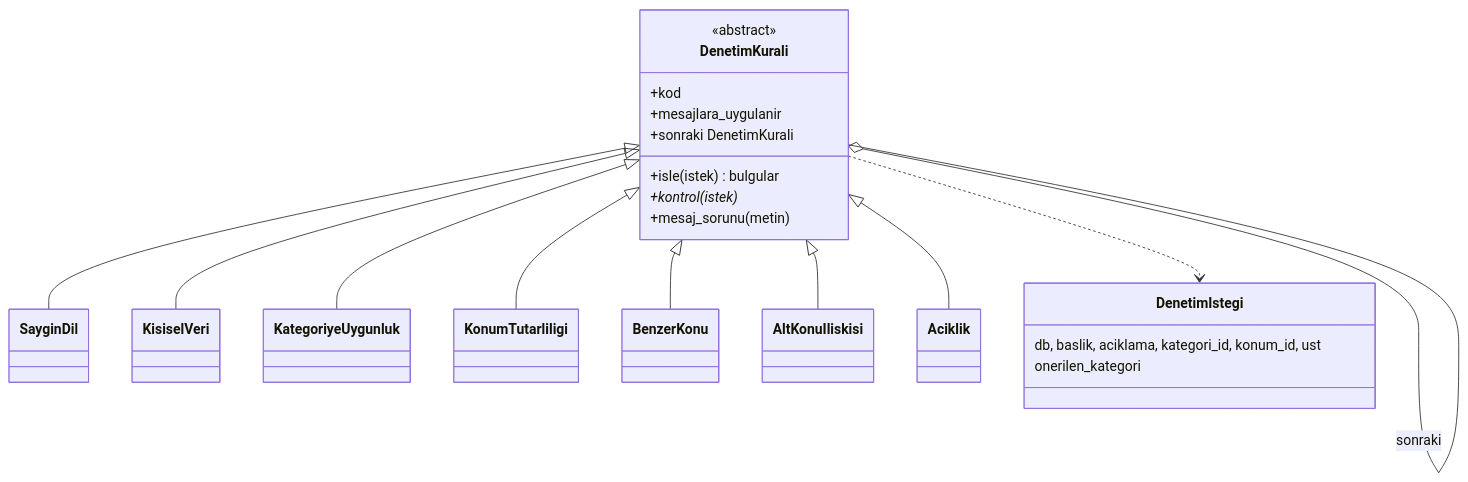
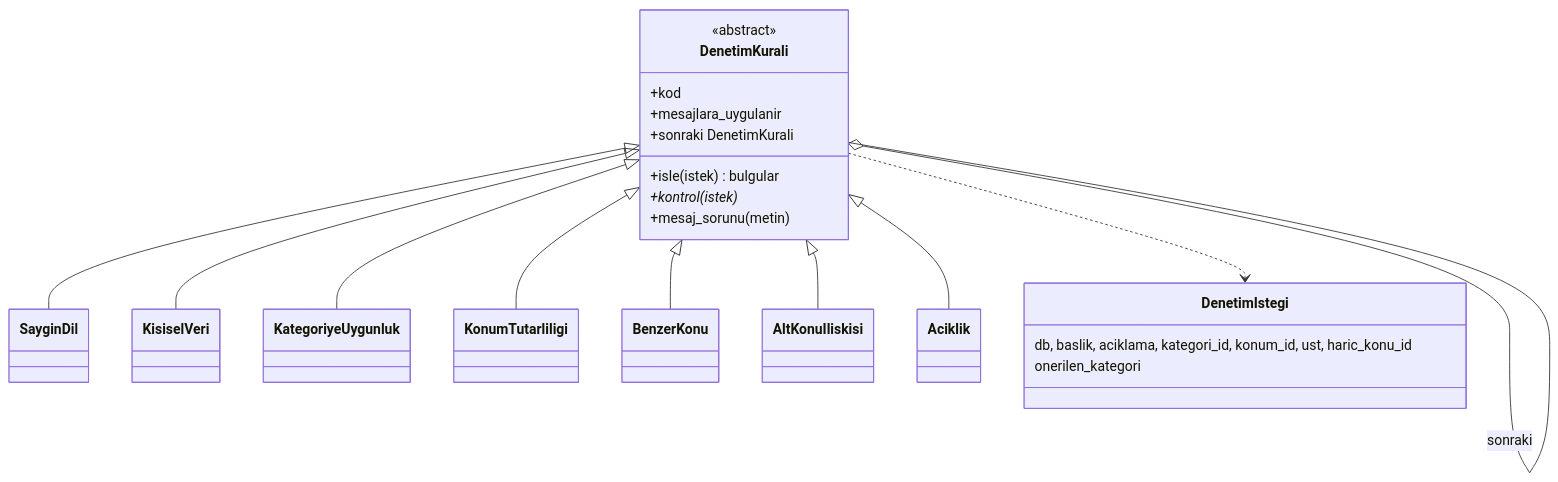
The ninth of 14 diagrams in docs/tasarim.md (Baki-B/YZM327-Odevler), drawn with Mermaid before and after one commit. The commit also changed other lines of this file and 4 other files, not shown here.

````diff
--- a/docs/tasarim.md
+++ b/docs/tasarim.md
@@ -345,25 +351,25 @@
 ```mermaid
 classDiagram
   class DenetimKurali {
     <<abstract>>
     +kod
     +mesajlara_uygulanir
     +sonraki DenetimKurali
     +isle(istek) bulgular
     +kontrol(istek)*
     +mesaj_sorunu(metin)
   }
   DenetimKurali o-- DenetimKurali : sonraki
   DenetimKurali <|-- SayginDil
   DenetimKurali <|-- KisiselVeri
   DenetimKurali <|-- KategoriyeUygunluk
   DenetimKurali <|-- KonumTutarliligi
   DenetimKurali <|-- BenzerKonu
   DenetimKurali <|-- AltKonuIliskisi
   DenetimKurali <|-- Aciklik
   class DenetimIstegi {
-    db, baslik, aciklama, kategori_id, konum_id, ust
+    db, baslik, aciklama, kategori_id, konum_id, ust, haric_konu_id
     onerilen_kategori
   }
   DenetimKurali ..> DenetimIstegi
 ```
````
